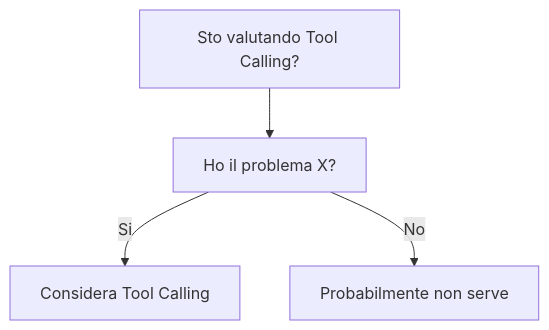
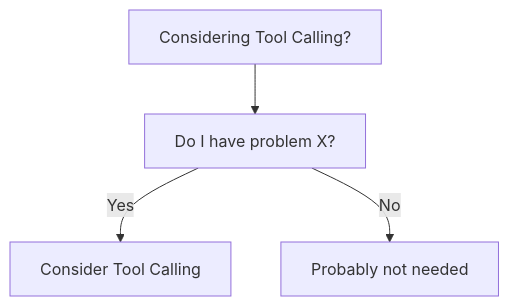
Before and after one commit to HxT9/Software-Dev-Wiki: the diagram in dev-wiki/22_AI_ML_Integration/Tool_Calling/When_To_Use.md, drawn with Mermaid. The commit also changed other lines of this file and 3444 other files, not shown here.

````diff
--- a/dev-wiki/22_AI_ML_Integration/Tool_Calling/When_To_Use.md
+++ b/dev-wiki/22_AI_ML_Integration/Tool_Calling/When_To_Use.md
@@ -19,6 +19,6 @@
 ```mermaid
 flowchart TD
-  Q[Sto valutando Tool Calling?] --> Q1[Ho il problema X?]
-  Q1 -->|Si| OK[Considera Tool Calling]
-  Q1 -->|No| NO[Probabilmente non serve]
+  Q[Considering Tool Calling?] --> Q1[Do I have problem X?]
+  Q1 -->|Yes| OK[Consider Tool Calling]
+  Q1 -->|No| NO[Probably not needed]
 ```
````
